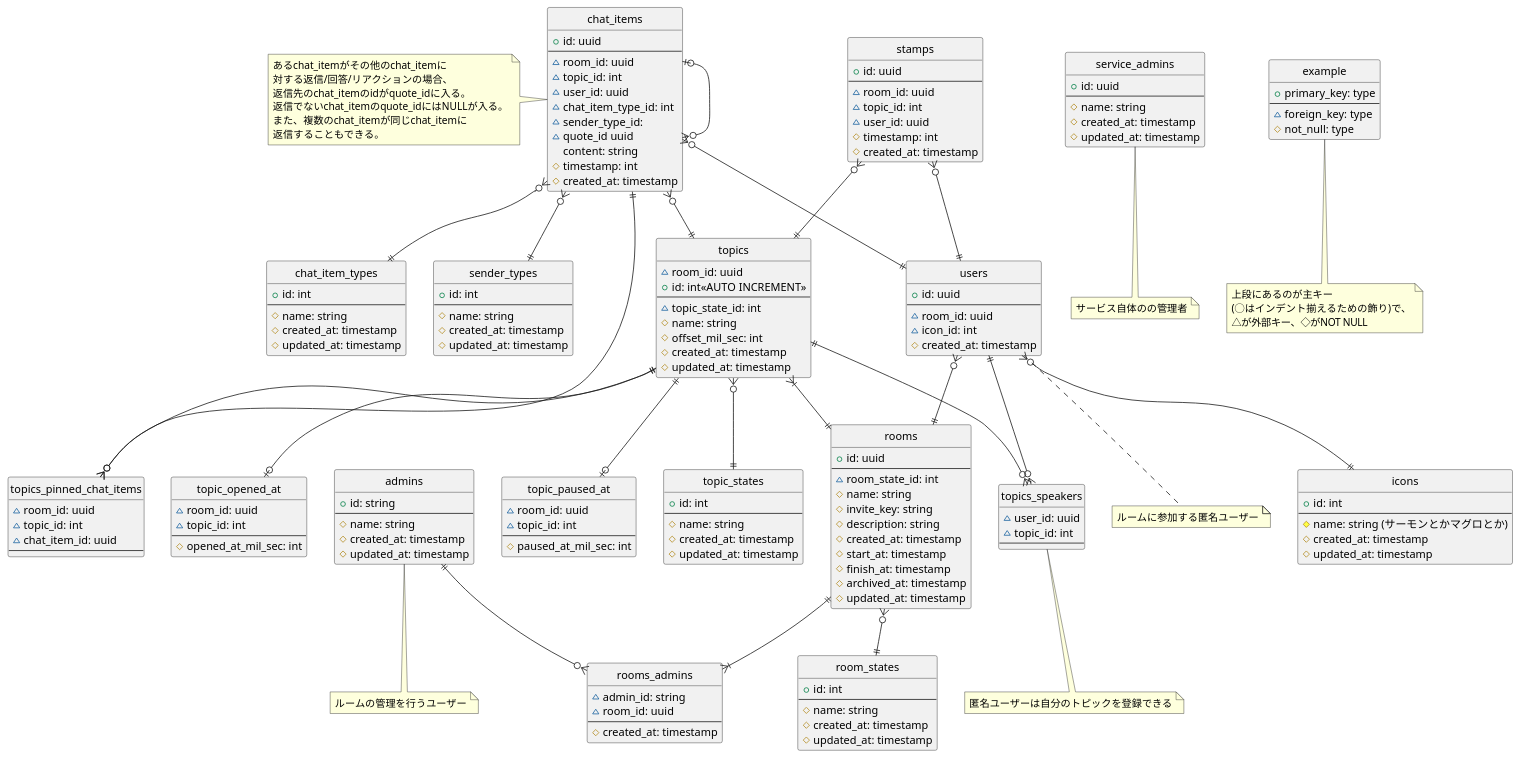
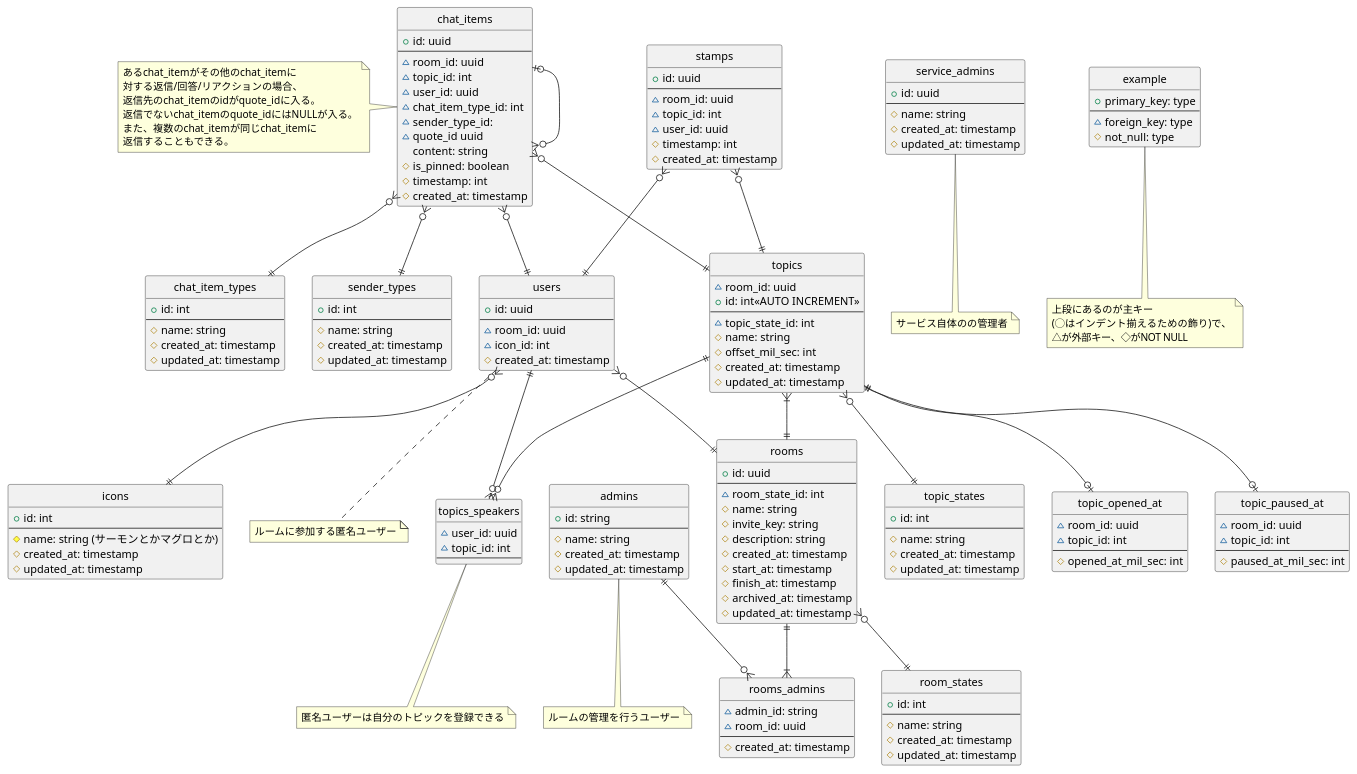
The diagram in doc/ER/ER_logic.puml (osushi-academy/sushi-chat), drawn with PlantUML before and after one commit.

Commit message:
Removed pinned_chat_ietm_relation
chat_itemsにis_pinnedカラムがあればいいことに気づいたので修正しました

```diff
--- a/doc/ER/ER_logic.puml
+++ b/doc/ER/ER_logic.puml
@@ -1,194 +1,186 @@
 @startuml
 
 hide circle
 skinparam inetype ortho
 
 entity users {
     +id: uuid
     --
     ~room_id: uuid
     ~icon_id: int
     #created_at: timestamp
 }
 note bottom: ルームに参加する匿名ユーザー
 
 entity topics_speakers{
     ~user_id: uuid
     ~topic_id: int
     --
 }
 note bottom: 匿名ユーザーは自分のトピックを登録できる
 
 entity admins {
     +id: string
     --
     #name: string
     #created_at: timestamp
     #updated_at: timestamp
 }
 note bottom: ルームの管理を行うユーザー
 
 entity rooms_admins {
     ~admin_id: string
     ~room_id: uuid
     --
     #created_at: timestamp
 }
 
 entity service_admins {
     +id: uuid
     --
     #name: string
     #created_at: timestamp
     #updated_at: timestamp
 }
 note bottom: サービス自体のの管理者
 
 entity icons {
     +id: int
     --
     #name: string (サーモンとかマグロとか)
     #created_at: timestamp
     #updated_at: timestamp
 }
 
 entity rooms {
     +id: uuid
     --
     ~room_state_id: int
     #name: string
     #invite_key: string
     #description: string
     #created_at: timestamp
     #start_at: timestamp
     #finish_at: timestamp
     #archived_at: timestamp
     #updated_at: timestamp
 }
 
 entity room_states {
     +id: int
     --
     #name: string
     #created_at: timestamp
     #updated_at: timestamp
 }
 
 entity topics {
     ~room_id: uuid
     +id: int<<AUTO INCREMENT>>
     --
     ~topic_state_id: int
     #name: string
     #offset_mil_sec: int
     #created_at: timestamp
     #updated_at: timestamp
 }
 
-entity topics_pinned_chat_items {
-    ~room_id: uuid
-    ~topic_id: int
-    ~chat_item_id: uuid
-    --
-}
-
 entity topic_states {
     +id: int
     --
     #name: string
     #created_at: timestamp
     #updated_at: timestamp
 }
 
 entity topic_opened_at {
     ~room_id: uuid
     ~topic_id: int
     --
     #opened_at_mil_sec: int
 }
 
 entity topic_paused_at{
     ~room_id: uuid
     ~topic_id: int
     --
     #paused_at_mil_sec: int
 }
 
 entity chat_items {
     +id: uuid
     --
     ~room_id: uuid
     ~topic_id: int
     ~user_id: uuid
     ~chat_item_type_id: int
     ~sender_type_id:
     ~quote_id uuid
     content: string
+    #is_pinned: boolean
     #timestamp: int
     #created_at: timestamp
 }
 note left of chat_items
  あるchat_itemがその他のchat_itemに
  対する返信/回答/リアクションの場合、
  返信先のchat_itemのidがquote_idに入る。
  返信でないchat_itemのquote_idにはNULLが入る。
  また、複数のchat_itemが同じchat_itemに
  返信することもできる。
 end note
 
 entity chat_item_types {
     +id: int
     --
     #name: string
     #created_at: timestamp
     #updated_at: timestamp
 }
 
 entity sender_types {
     +id: int
     --
     #name: string
     #created_at: timestamp
     #updated_at: timestamp
 }
 
 entity stamps {
     +id: uuid
     --
     ~room_id: uuid
     ~topic_id: int
     ~user_id: uuid
     #timestamp: int
     #created_at: timestamp
 }
 
 users }o--|| icons
 users }o--|| rooms
 users ||--o{ topics_speakers
 topics ||--o{ topics_speakers
 admins ||--o{ rooms_admins
 rooms ||--|{ rooms_admins
 rooms }o--|| room_states
 topics }|--|| rooms
-topics ||--o{ topics_pinned_chat_items
 topics }o--|| topic_states
 topics ||--o| topic_opened_at
 topics ||--o| topic_paused_at
-chat_items||--o{ topics_pinned_chat_items
 chat_items }o--|| topics
 chat_items }o--|| users
 chat_items }o--|| chat_item_types
 chat_items |o--o{ chat_items
 chat_items }o--|| sender_types
 stamps }o--|| topics
 stamps }o--|| users
 
 entity example {
     +primary_key: type
     --
     ~foreign_key: type
     #not_null: type
 }
 note bottom: 上段にあるのが主キー\n(◯はインデント揃えるための飾り)で、\n△が外部キー、◇がNOT NULL
 
 @enduml
```
